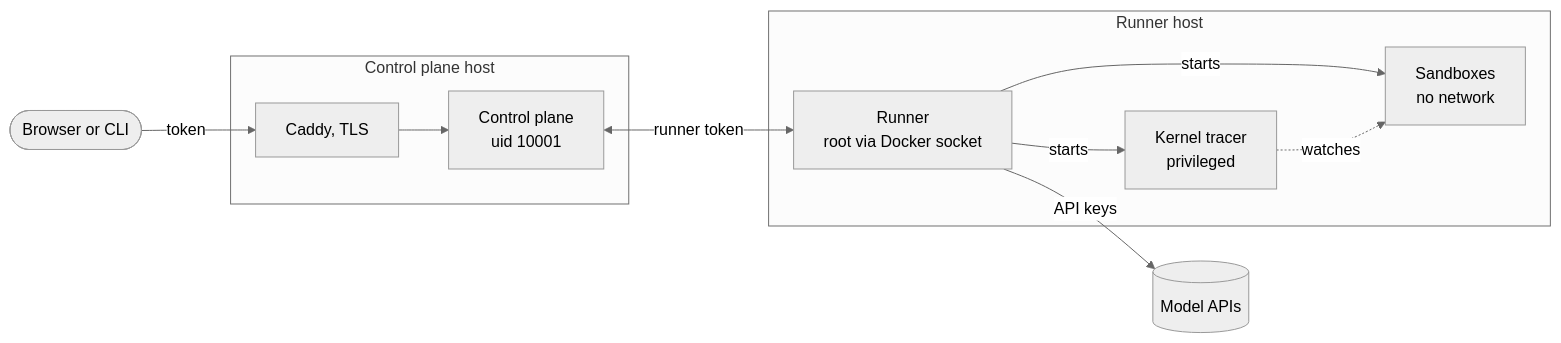
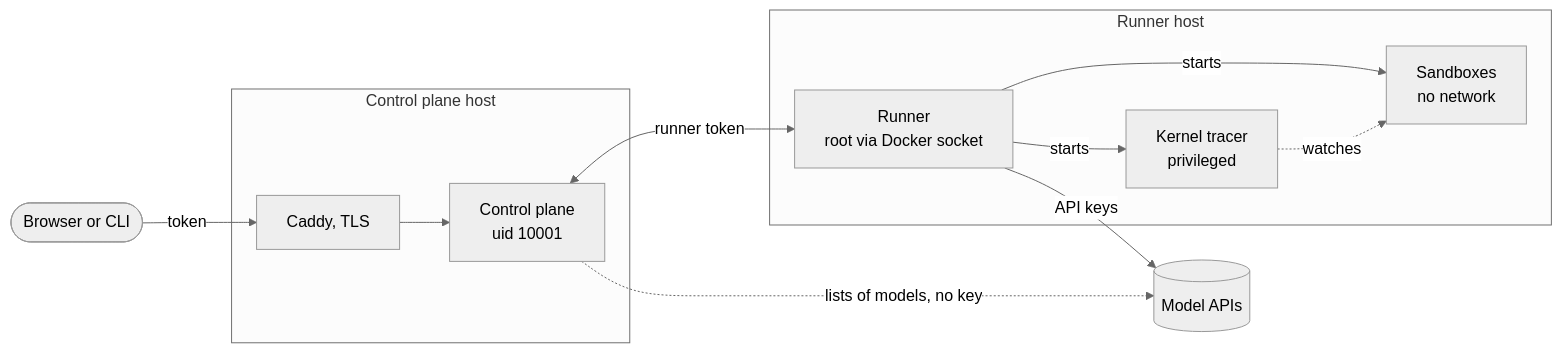
Before and after one commit to kaumnen/AIMS: the diagram in SECURITY.md, drawn with Mermaid (neutral theme). The commit also changed other lines of this file and 4 other files, not shown here.

````diff
--- a/SECURITY.md
+++ b/SECURITY.md
@@ -16,19 +16,20 @@
 ```mermaid
 flowchart LR
   browser([Browser or CLI])
   subgraph cp_host [Control plane host]
     caddy[Caddy, TLS] --> server[Control plane<br/>uid 10001]
   end
   subgraph runner_host [Runner host]
     runner[Runner<br/>root via Docker socket]
     tracer[Kernel tracer<br/>privileged]
     sandbox[Sandboxes<br/>no network]
     runner -->|starts| tracer
     runner -->|starts| sandbox
     tracer -.->|watches| sandbox
   end
   models[(Model APIs)]
   browser -->|token| caddy
   server <-->|runner token| runner
   runner -->|API keys| models
+  server -.->|lists of models, no key| models
 ```
````
